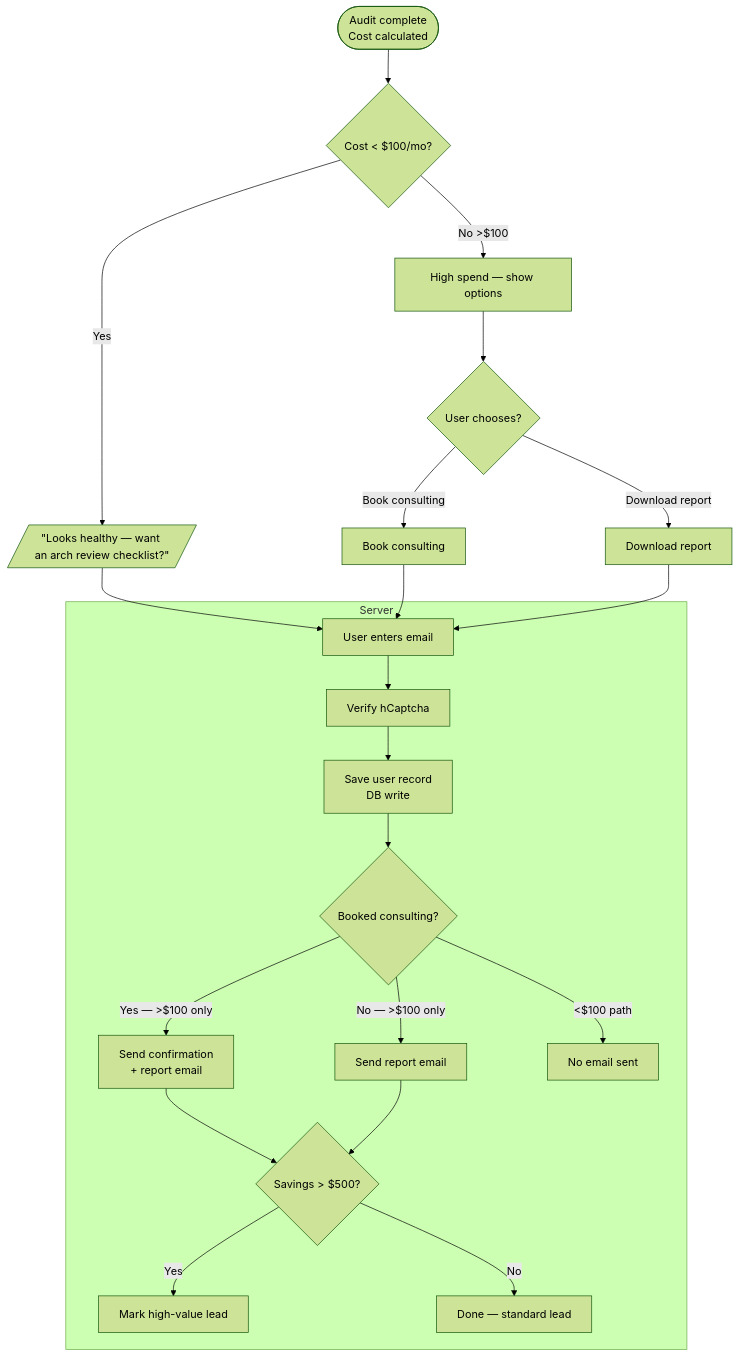
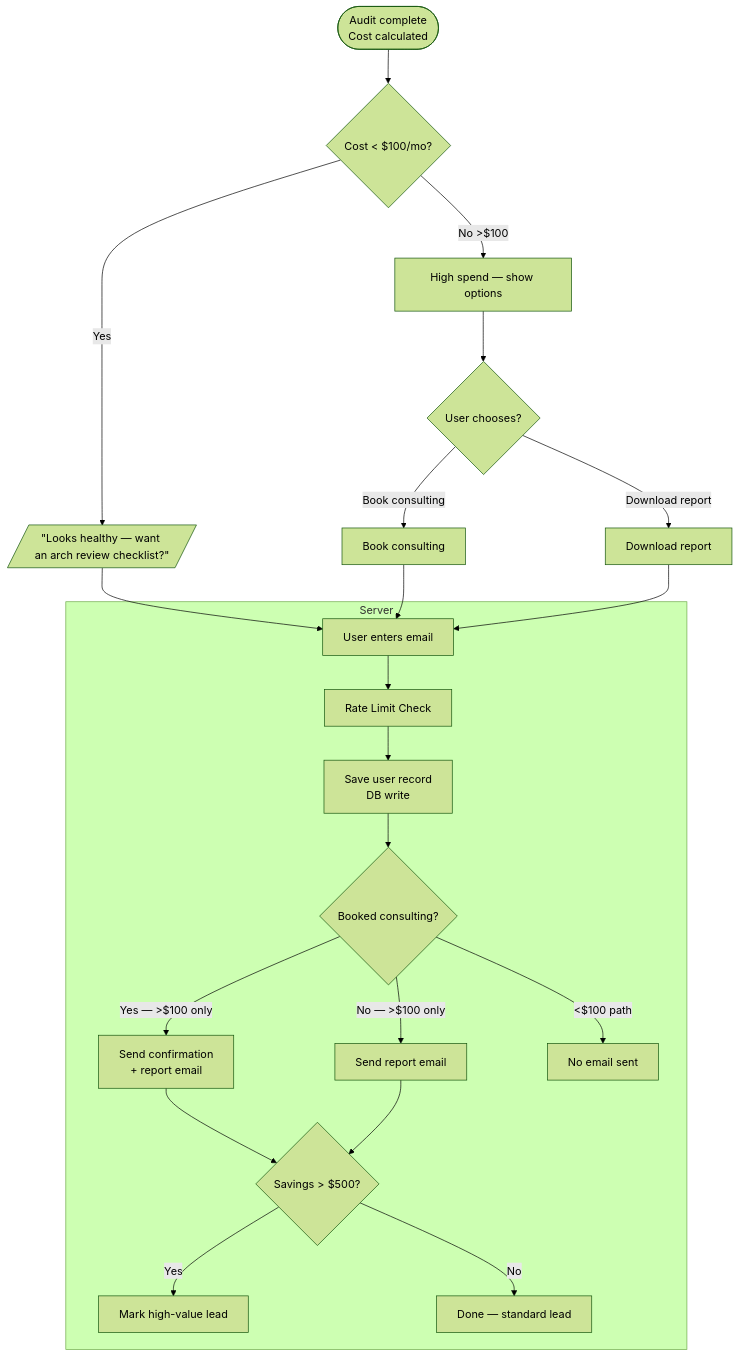
Before and after one commit to shubhamnar93/SpendLens: the fourth of 4 diagrams in ARCHITECTURE.md, drawn with Mermaid (forest theme). The commit also changed other lines of this file and 13 other files, not shown here.

````diff
--- a/ARCHITECTURE.md
+++ b/ARCHITECTURE.md
@@ -355,30 +269,30 @@
 ```mermaid
 flowchart TD
     A([Audit complete\nCost calculated]) --> B{Cost < $100/mo?}
 
     B -->|Yes| C[/"&quot;Looks healthy — want an arch review checklist?&quot;"/]
     C --> H
 
     B -->|No >$100| D[High spend — show options]
     D --> E{User chooses?}
     E -->|Book consulting| F[Book consulting]
     E -->|Download report| G[Download report]
     F --> H[User enters email]
     G --> H
 
     subgraph Server
-        H --> I[Verify hCaptcha]
+        H --> I[Rate Limit Check]
         I --> J[Save user record\nDB write]
         J --> K{Booked consulting?}
 
         K -->|Yes — >$100 only| L[Send confirmation\n+ report email]
         K -->|No — >$100 only| M[Send report email]
         K -->|<$100 path| N2[No email sent]
 
         L --> N{Savings > $500?}
         M --> N
 
         N -->|Yes| O[Mark high-value lead]
         N -->|No| P[Done — standard lead]
     end
 ```
````
